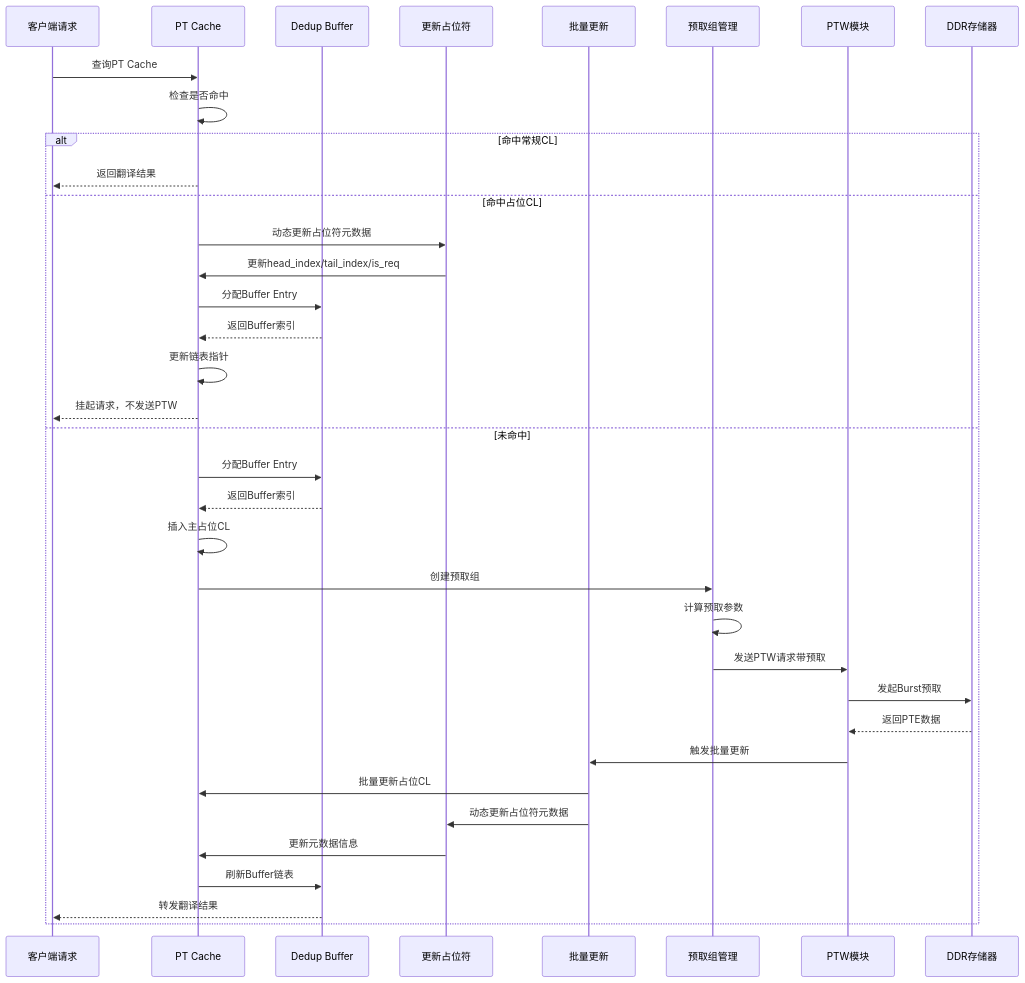
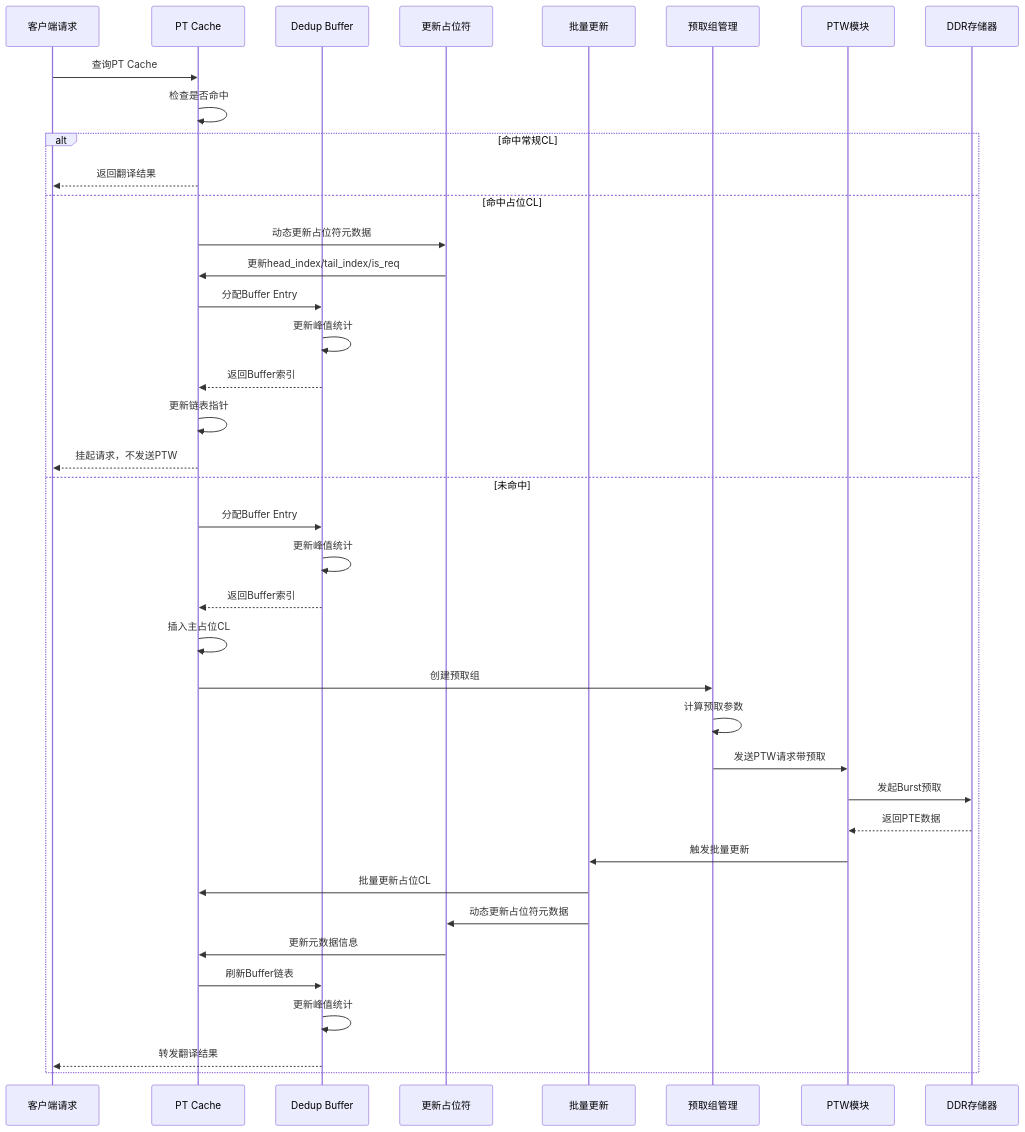
One commit to jiangjiang1122/iommu_model_20260401_v1 changed the second of 7 diagrams in .qoder/repowiki/zh/content/缓存系统架构/页表缓存(PT Cache)/PT Cache去重+预取集成.md. Above: the diagram before and after it, drawn with Mermaid. The commit also changed other lines of this file and 22 other files, not shown here.

````diff
--- a/.qoder/repowiki/zh/content/缓存系统架构/页表缓存(PT Cache)/PT Cache去重+预取集成.md
+++ b/.qoder/repowiki/zh/content/缓存系统架构/页表缓存(PT Cache)/PT Cache去重+预取集成.md
@@ -201,38 +204,41 @@
 ```mermaid
 sequenceDiagram
 participant Client as 客户端请求
 participant PT_CACHE as PT Cache
 participant DEDUP_BUF as Dedup Buffer
 participant UPDATE_PLACEHOLDER as 更新占位符
 participant BATCH_UPDATE as 批量更新
 participant PREFETCH_GROUP as 预取组管理
 participant PTW as PTW模块
 participant DDR as DDR存储器
 Client->>PT_CACHE : 查询PT Cache
 PT_CACHE->>PT_CACHE : 检查是否命中
 alt 命中常规CL
 PT_CACHE-->>Client : 返回翻译结果
 else 命中占位CL
 PT_CACHE->>UPDATE_PLACEHOLDER : 动态更新占位符元数据
 UPDATE_PLACEHOLDER->>PT_CACHE : 更新head_index/tail_index/is_req
 PT_CACHE->>DEDUP_BUF : 分配Buffer Entry
+DEDUP_BUF->>DEDUP_BUF : 更新峰值统计
 DEDUP_BUF-->>PT_CACHE : 返回Buffer索引
 PT_CACHE->>PT_CACHE : 更新链表指针
 PT_CACHE-->>Client : 挂起请求，不发送PTW
 else 未命中
 PT_CACHE->>DEDUP_BUF : 分配Buffer Entry
+DEDUP_BUF->>DEDUP_BUF : 更新峰值统计
 DEDUP_BUF-->>PT_CACHE : 返回Buffer索引
 PT_CACHE->>PT_CACHE : 插入主占位CL
 PT_CACHE->>PREFETCH_GROUP : 创建预取组
 PREFETCH_GROUP->>PREFETCH_GROUP : 计算预取参数
 PREFETCH_GROUP->>PTW : 发送PTW请求带预取
 PTW->>DDR : 发起Burst预取
 DDR-->>PTW : 返回PTE数据
 PTW->>BATCH_UPDATE : 触发批量更新
 BATCH_UPDATE->>PT_CACHE : 批量更新占位CL
 BATCH_UPDATE->>UPDATE_PLACEHOLDER : 动态更新占位符元数据
 UPDATE_PLACEHOLDER->>PT_CACHE : 更新元数据信息
 PT_CACHE->>DEDUP_BUF : 刷新Buffer链表
+DEDUP_BUF->>DEDUP_BUF : 更新峰值统计
 DEDUP_BUF-->>Client : 转发翻译结果
 end
 ```
````
